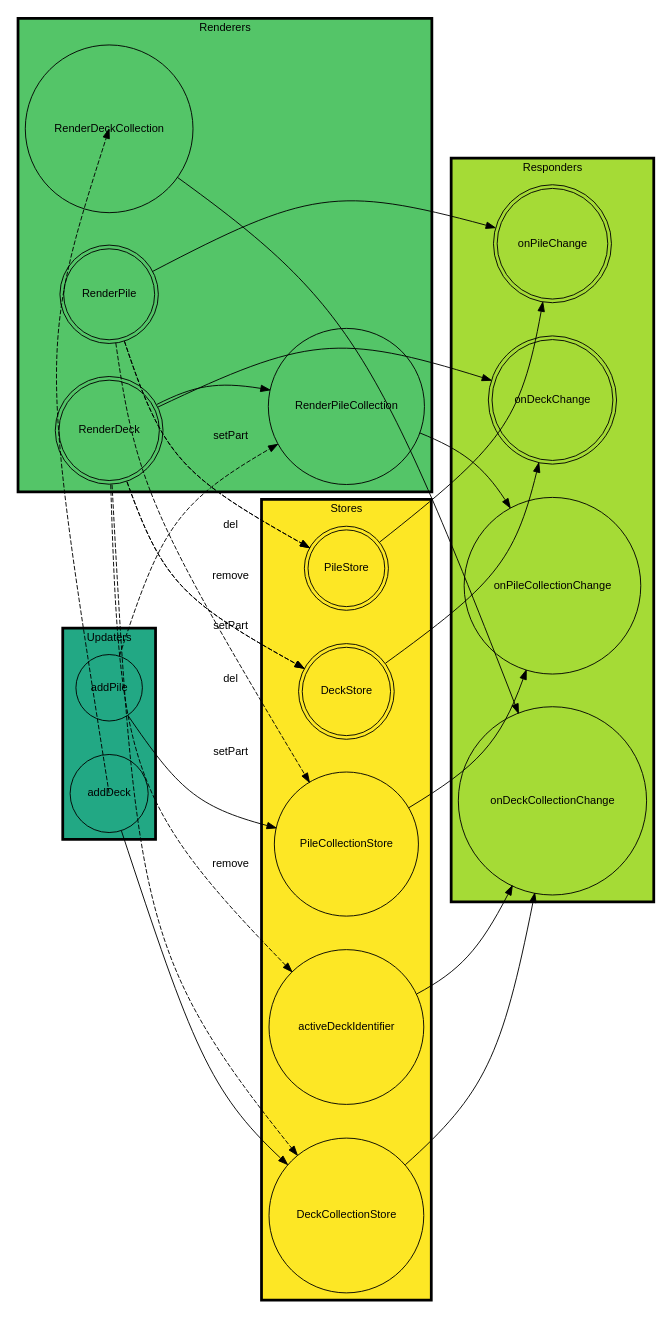
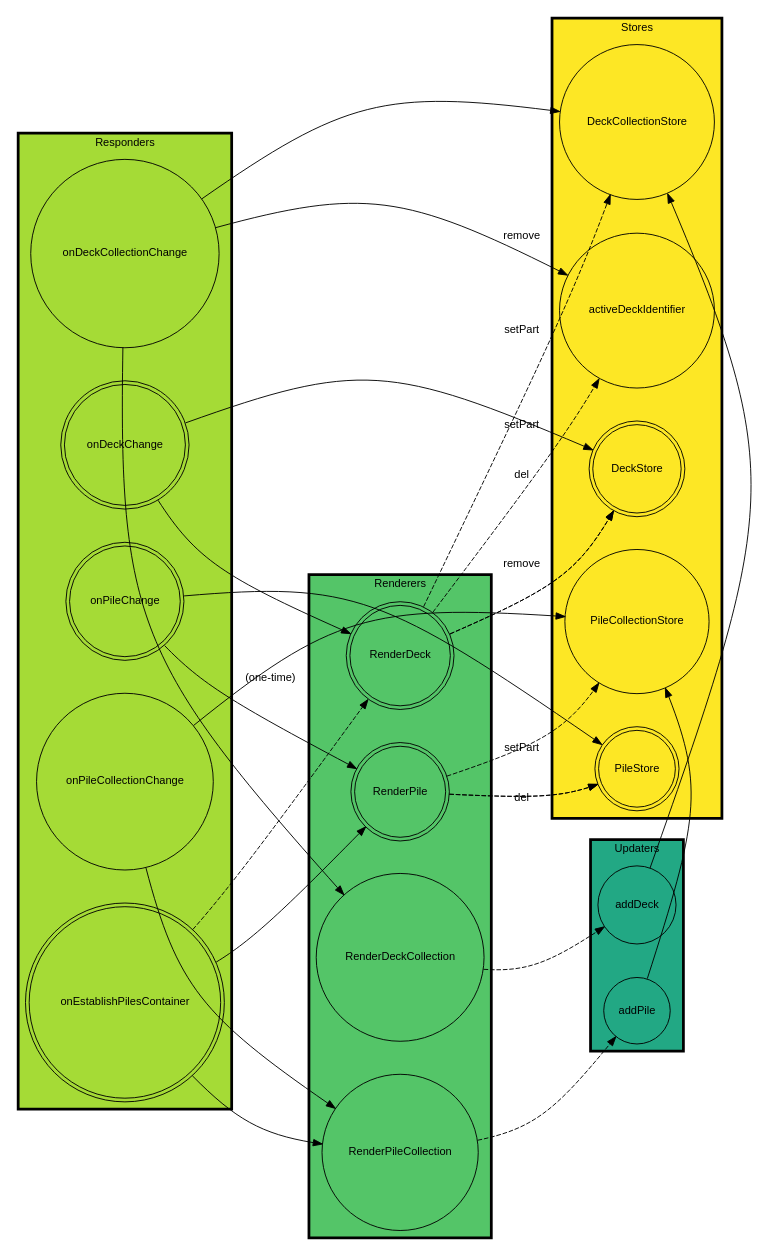
Before and after one commit to jimkang/cardfields: the diagram in meta/machines.dot, drawn with Graphviz. The commit also changed 7 other files, not shown here.

Commit message:
Fix construction of OnPileChange so it has a renderer. Add onEstablishElement so that child items can render the first time their containers are ready. Piles now render but are not persistent.

```diff
--- a/meta/machines.dot
+++ b/meta/machines.dot
@@ -1,82 +1,85 @@
 digraph {
   rankdir="LR";
   graph [fontsize=12, fontname=Helvetica, penwidth=3];
   node [fontsize=12, fontname=Helvetica];
   edge [fontsize=12, fontname=Helvetica];
   nodesep=0.5;
   mindist=3.0;
   mclimit=10.0;
   splines="curved";
 
   subgraph cluster_stores {
     label="Stores";
     bgcolor="#fde725";
     DeckCollectionStore [shape=circle];
     DeckStore [shape=doublecircle];
     activeDeckIdentifier [shape=circle];
     PileCollectionStore [shape=circle];
     PileStore [shape=doublecircle];
   }
 
   subgraph cluster_responders {
     label="Responders";
     bgcolor="#a5db36";
 
     onDeckCollectionChange [shape=circle];
     onDeckChange [shape=doublecircle];
     onPileCollectionChange [shape=circle];
     onPileChange [shape=doublecircle];
+    onEstablishPilesContainer [shape=doublecircle];
 
     DeckCollectionStore -> onDeckCollectionChange;
     activeDeckIdentifier -> onDeckCollectionChange;
     DeckStore -> onDeckChange;
     PileCollectionStore -> onPileCollectionChange;
     PileStore -> onPileChange;
   }
 
   subgraph cluster_renderers {
     label="Renderers";
     bgcolor="#54c568";
 
     RenderDeckCollection [shape=circle];
     RenderDeck [shape=doublecircle];
     RenderPileCollection [shape=circle];
     RenderPile [shape=doublecircle];
 
     onDeckCollectionChange -> RenderDeckCollection;
     onDeckChange -> RenderDeck;
-    RenderDeck -> RenderPileCollection;
+    RenderDeck -> onEstablishPilesContainer [style=dashed, label="(one-time)"];
+    onEstablishPilesContainer -> RenderPileCollection;
+    onEstablishPilesContainer -> RenderPile;
 
     onPileCollectionChange -> RenderPileCollection;
     onPileChange -> RenderPile;
   }
 
   subgraph cluster_updaters {
     label="Updaters";
     bgcolor="#22a884";
 
     addDeck [shape=circle];
     addPile [shape=circle];
     addDeck -> DeckCollectionStore;
     addPile -> PileCollectionStore;
     RenderDeckCollection -> addDeck [style=dashed];
     RenderDeck -> activeDeckIdentifier [style=dashed, label="setPart"];
     RenderDeck -> DeckStore [style=dashed, label="setPart"];
     RenderDeck -> DeckStore [style=dashed, label="del"];
     RenderDeck -> DeckCollectionStore [style=dashed, label="remove"];
     RenderPileCollection -> addPile [style=dashed];
     RenderPile -> PileCollectionStore [style=dashed, label="remove"];
     RenderPile -> PileStore [style=dashed, label="del"];
     RenderPile -> PileStore [style=dashed, label="setPart"];
   }
 
   //subgraph cluster_legend {
     //label="Legend";
 //
     //singleEntity [shape=circle, label="Single entity"];
     //multipleEntities [shape=doublecircle, label="Multiple entities"];
 //
     //a -> b [label="Call"];
     //c -> d [style=dashed, label="Conditional call"];
   //}
 }
```
